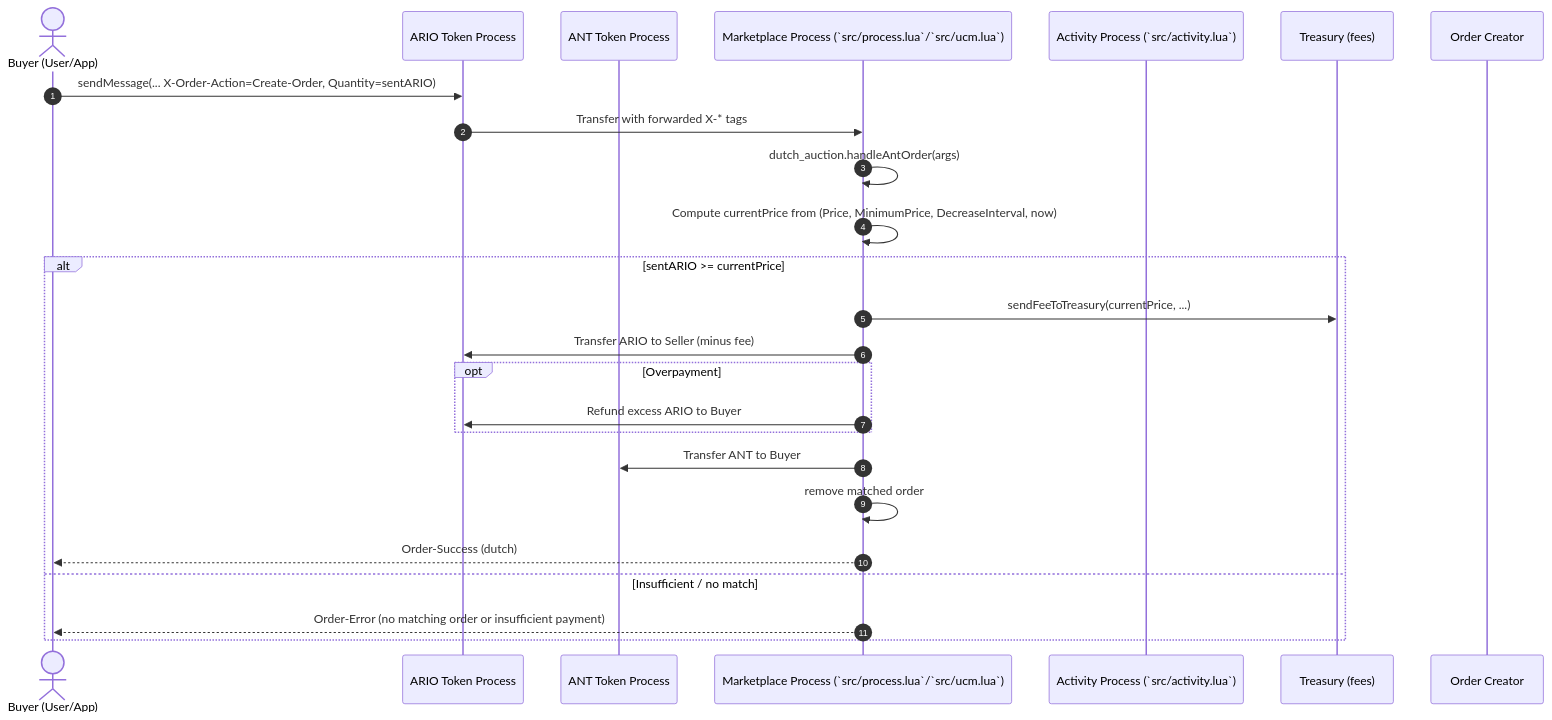
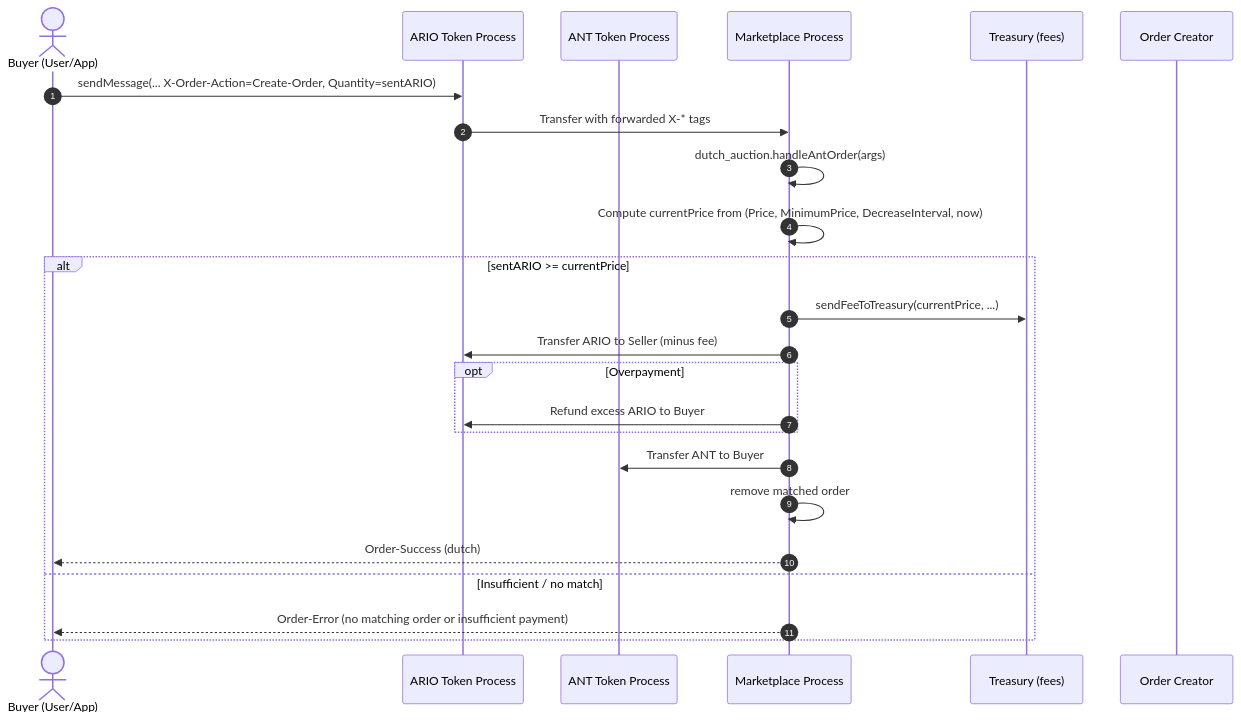
The diagram in docs/dutch-buy-now.md (blockydevs/arns-marketplace-process), drawn with Mermaid before and after one commit. The commit also changed 9 other files, not shown here.

````diff
--- a/docs/dutch-buy-now.md
+++ b/docs/dutch-buy-now.md
@@ -3,29 +3,28 @@
 ```mermaid
 sequenceDiagram
     autonumber
     actor Buyer as Buyer (User/App)
     participant ARIO as ARIO Token Process
     participant ANT as ANT Token Process
-    participant Market as Marketplace Process (`src/process.lua`/`src/ucm.lua`)
-    participant Activity as Activity Process (`src/activity.lua`)
+    participant Market as Marketplace Process
     participant Treasury as Treasury (fees)
     participant Seller as Order Creator
 
     Buyer->>ARIO: sendMessage(... X-Order-Action=Create-Order, Quantity=sentARIO)
     ARIO->>Market: Transfer with forwarded X-* tags
 
     Market->>Market: dutch_auction.handleAntOrder(args)
     Market->>Market: Compute currentPrice from (Price, MinimumPrice, DecreaseInterval, now)
     alt sentARIO >= currentPrice
         Market->>Treasury: sendFeeToTreasury(currentPrice, ...)
         Market->>ARIO: Transfer ARIO to Seller (minus fee)
         opt Overpayment
             Market->>ARIO: Refund excess ARIO to Buyer
         end
         Market->>ANT: Transfer ANT to Buyer
         Market->>Market: remove matched order
         Market-->>Buyer: Order-Success (dutch)
     else Insufficient / no match
         Market-->>Buyer: Order-Error (no matching order or insufficient payment)
     end
 ```
````
